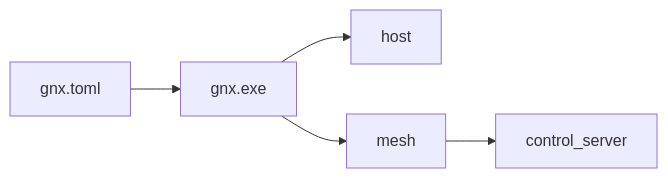
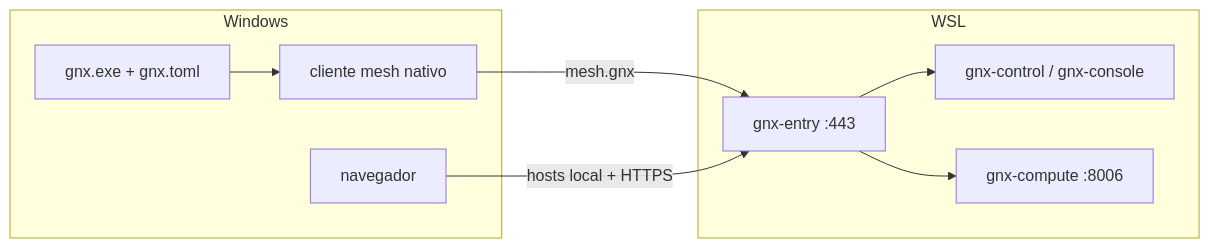
Before and after one commit to mayas-alas/quetzalcoatl: the diagram in docs/architecture.md, drawn with Mermaid. The commit also changed other lines of this file and 4 other files, not shown here.

Commit message:
docs: describe GNX local infrastructure and verified compute scope

````diff
--- a/docs/architecture.md
+++ b/docs/architecture.md
@@ -11,7 +11,13 @@
 ```mermaid
 flowchart LR
-    C["gnx.toml"] --> R["gnx.exe"]
-    R --> H["host"]
-    R --> M["mesh"]
-    M --> E["control_server"]
+    subgraph Windows
+        R["gnx.exe + gnx.toml"] --> M["cliente mesh nativo"]
+        B["navegador"]
+    end
+    subgraph WSL
+        E["gnx-entry :443"] --> C["gnx-control / gnx-console"]
+        E --> P["gnx-compute :8006"]
+    end
+    M -->|mesh.gnx| E
+    B -->|hosts local + HTTPS| E
 ```
````
